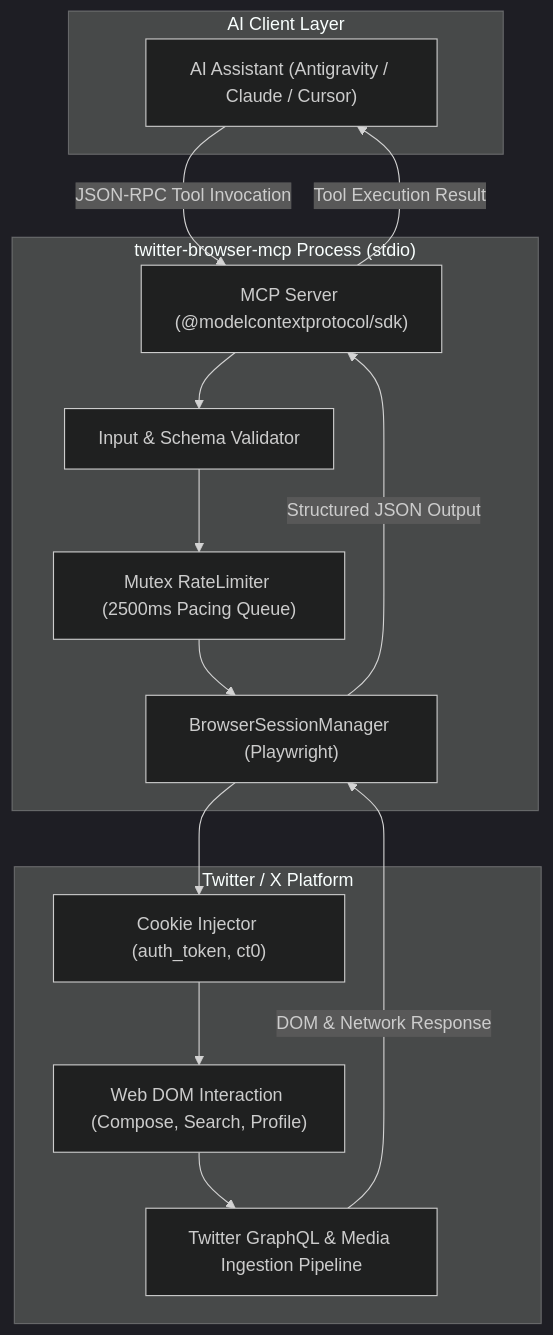
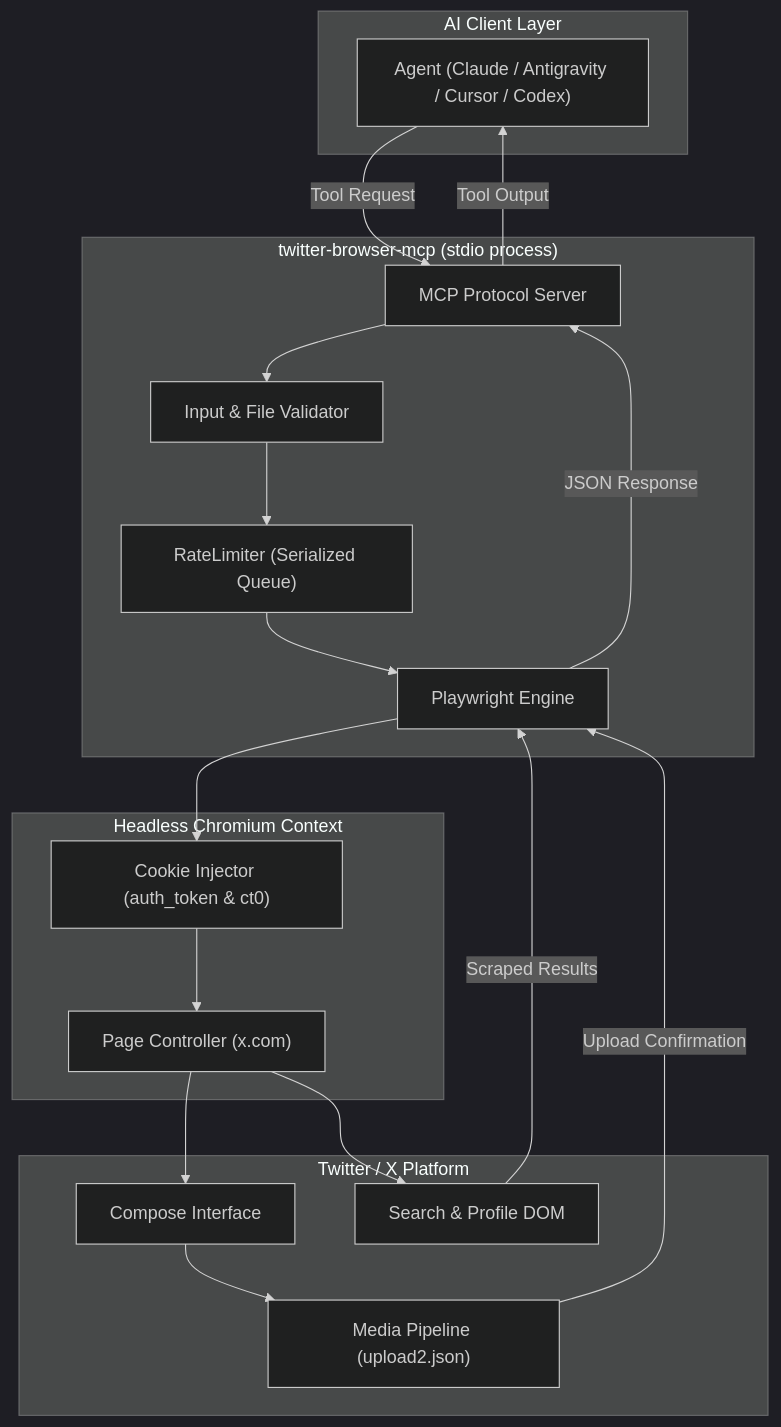
The first of 3 diagrams in README.md (sparsh101sparsh/twitter-browser-mcp), drawn with Mermaid (dark theme) before and after one commit. The commit also changed other lines of this file, not shown here.

Commit message:
docs: rewrite README with simplified human-friendly language, setup guides for Claude, Codex, Cursor, and Antigravity, and clean diagrams without emojis

````diff
--- a/README.md
+++ b/README.md
@@ -49,30 +361,38 @@
 ```mermaid
 flowchart TD
     subgraph ClientLayer["AI Client Layer"]
-        Agent["AI Assistant (Antigravity / Claude / Cursor)"]
+        A["Agent (Claude / Antigravity / Cursor / Codex)"]
     end
 
-    subgraph ServerLayer["twitter-browser-mcp Process (stdio)"]
-        Server["MCP Server (@modelcontextprotocol/sdk)"]
-        Validator["Input & Schema Validator"]
-        RateLimiter["Mutex RateLimiter (2500ms Pacing Queue)"]
-        SessionMgr["BrowserSessionManager (Playwright)"]
+    subgraph ServerLayer["twitter-browser-mcp (stdio process)"]
+        B["MCP Protocol Server"]
+        C["Input & File Validator"]
+        D["RateLimiter (Serialized Queue)"]
+        E["Playwright Engine"]
     end
 
-    subgraph TwitterLayer["Twitter / X Platform"]
-        CookieStore["Cookie Injector (auth_token, ct0)"]
-        DOMEngine["Web DOM Interaction (Compose, Search, Profile)"]
-        BackendPipeline["Twitter GraphQL & Media Ingestion Pipeline"]
+    subgraph BrowserLayer["Headless Chromium Context"]
+        F["Cookie Injector (auth_token & ct0)"]
+        G["Page Controller (x.com)"]
     end
 
-    Agent -- "JSON-RPC Tool Invocation" --> Server
-    Server --> Validator
-    Validator --> RateLimiter
-    RateLimiter --> SessionMgr
-    SessionMgr --> CookieStore
-    CookieStore --> DOMEngine
-    DOMEngine --> BackendPipeline
-    BackendPipeline -- "DOM & Network Response" --> SessionMgr
-    SessionMgr -- "Structured JSON Output" --> Server
-    Server -- "Tool Execution Result" --> Agent
+    subgraph PlatformLayer["Twitter / X Platform"]
+        H["Compose Interface"]
+        I["Media Pipeline (upload2.json)"]
+        J["Search & Profile DOM"]
+    end
+
+    A -- "Tool Request" --> B
+    B --> C
+    C --> D
+    D --> E
+    E --> F
+    F --> G
+    G --> H
+    H --> I
+    G --> J
+    J -- "Scraped Results" --> E
+    I -- "Upload Confirmation" --> E
+    E -- "JSON Response" --> B
+    B -- "Tool Output" --> A
 ```
````
